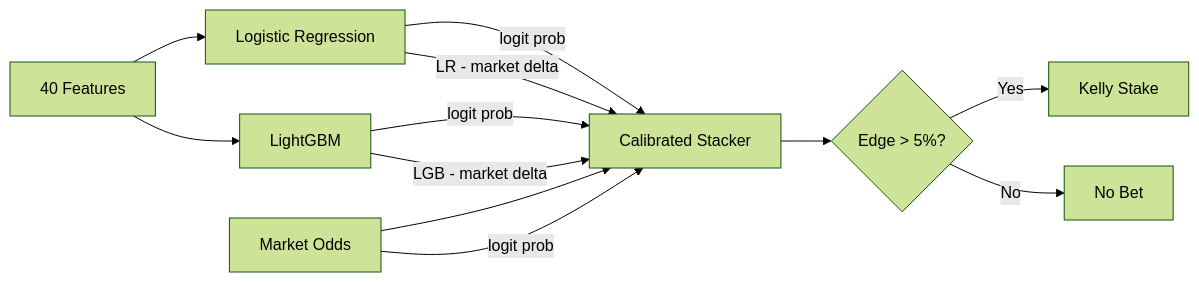
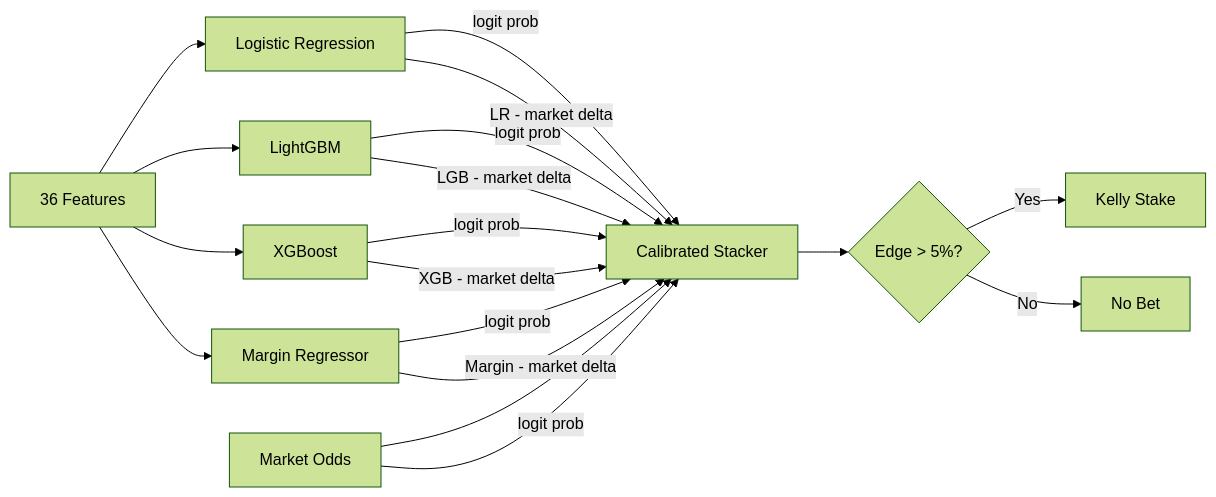
One commit to plwp/afl-betting changed the first of 2 diagrams in README.md. Above: the diagram before and after it, drawn with Mermaid (forest theme). The commit also changed other lines of this file and 13 other files, not shown here.

````diff
--- a/README.md
+++ b/README.md
@@ -52,14 +55,20 @@
 ```mermaid
 graph LR
-    A[40 Features] --> B[Logistic Regression]
+    A[36 Features] --> B[Logistic Regression]
     A --> C[LightGBM]
+    A --> X[XGBoost]
+    A --> M[Margin Regressor]
     D[Market Odds] --> E[Calibrated Stacker]
     B -->|logit prob| E
     C -->|logit prob| E
+    X -->|logit prob| E
+    M -->|logit prob| E
+    D -->|logit prob| E
     B -->|LR - market delta| E
     C -->|LGB - market delta| E
-    D -->|logit prob| E
+    X -->|XGB - market delta| E
+    M -->|Margin - market delta| E
     E --> F{Edge > 5%?}
     F -->|Yes| G[Kelly Stake]
     F -->|No| H[No Bet]
 ```
````
